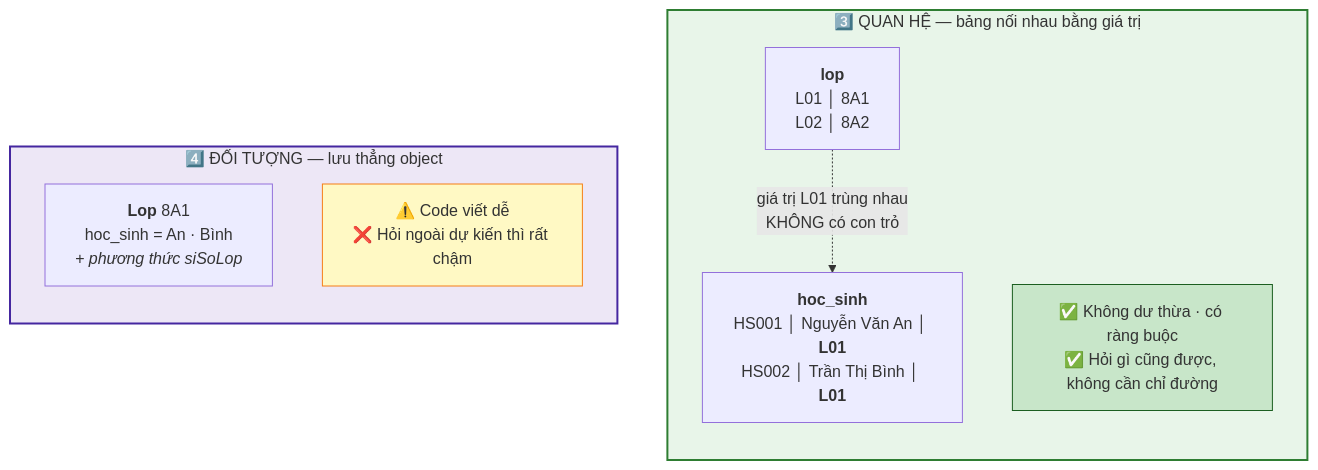
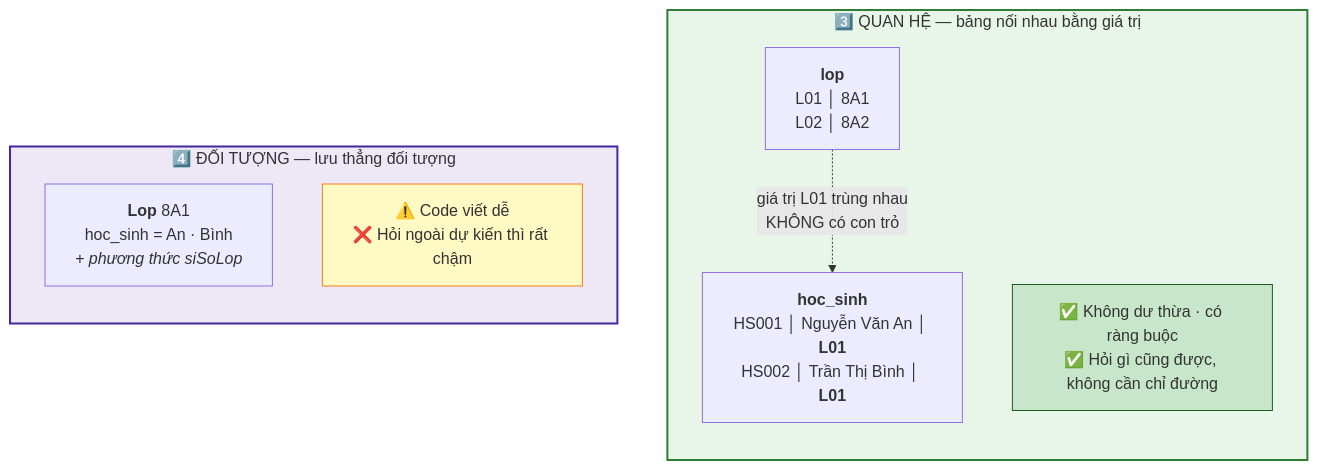
The second of 3 diagrams in docs/cap-0-nhap-mon/04-cac-mo-hinh-du-lieu.md (hungnguyen010518/database-tu-a-z), drawn with Mermaid before and after one commit. The commit also changed other lines of this file and 3 other files, not shown here.

````diff
--- a/docs/cap-0-nhap-mon/04-cac-mo-hinh-du-lieu.md
+++ b/docs/cap-0-nhap-mon/04-cac-mo-hinh-du-lieu.md
@@ -158,21 +177,21 @@
 ```mermaid
 flowchart TB
     subgraph QH["3️⃣ QUAN HỆ — bảng nối nhau bằng giá trị"]
         direction TB
         R1["<b>lop</b><br/>L01 │ 8A1<br/>L02 │ 8A2"]
         R2["<b>hoc_sinh</b><br/>HS001 │ Nguyễn Văn An │ <b>L01</b><br/>HS002 │ Trần Thị Bình │ <b>L01</b>"]
         R1 -.->|"giá trị L01 trùng nhau<br/>KHÔNG có con trỏ"| R2
         RX["✅ Không dư thừa · có ràng buộc<br/>✅ Hỏi gì cũng được, không cần chỉ đường"]
     end
 
-    subgraph DT["4️⃣ ĐỐI TƯỢNG — lưu thẳng object"]
+    subgraph DT["4️⃣ ĐỐI TƯỢNG — lưu thẳng đối tượng"]
         direction TB
         O1["<b>Lop</b> 8A1<br/>hoc_sinh = An · Bình<br/><i>+ phương thức siSoLop</i>"]
         OX["⚠️ Code viết dễ<br/>❌ Hỏi ngoài dự kiến thì rất chậm"]
     end
 
     style QH fill:#e8f5e9,stroke:#2e7d32,stroke-width:2px
     style DT fill:#ede7f6,stroke:#4527a0,stroke-width:2px
     style RX fill:#c8e6c9,stroke:#1b5e20
     style OX fill:#fff9c4,stroke:#f57f17
 ```
````
